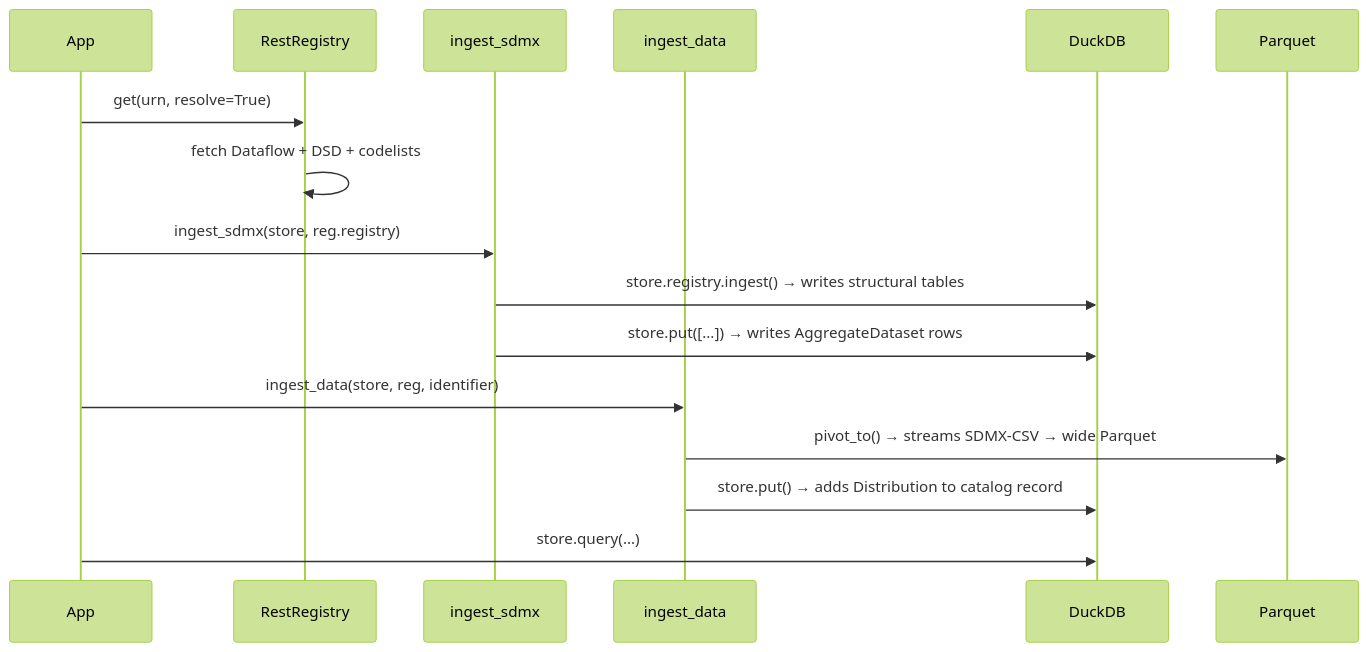
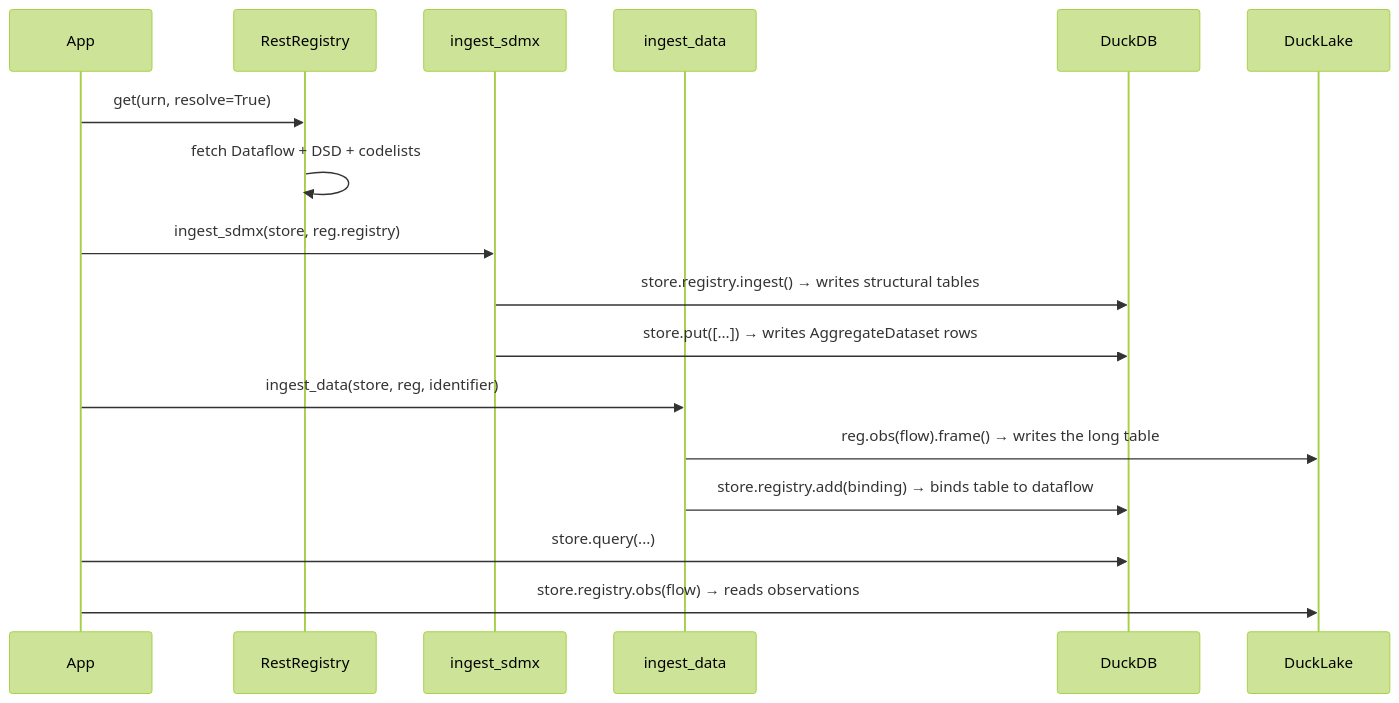
Before and after one commit to StatCat-Suite/statcatlib: the first of 2 diagrams in docs/tutorial.md, drawn with Mermaid (forest theme). The commit also changed other lines of this file and 9 other files, not shown here.

````diff
--- a/docs/tutorial.md
+++ b/docs/tutorial.md
@@ -131,19 +132,20 @@
 ```mermaid
 sequenceDiagram
     participant App
     participant RestRegistry
     participant ingest_sdmx
     participant ingest_data
     participant DuckDB
-    participant Parquet
+    participant DuckLake
 
     App->>RestRegistry: get(urn, resolve=True)
     RestRegistry->>RestRegistry: fetch Dataflow + DSD + codelists
     App->>ingest_sdmx: ingest_sdmx(store, reg.registry)
     ingest_sdmx->>DuckDB: store.registry.ingest() → writes structural tables
     ingest_sdmx->>DuckDB: store.put([...]) → writes AggregateDataset rows
     App->>ingest_data: ingest_data(store, reg, identifier)
-    ingest_data->>Parquet: pivot_to() → streams SDMX-CSV → wide Parquet
-    ingest_data->>DuckDB: store.put() → adds Distribution to catalog record
+    ingest_data->>DuckLake: reg.obs(flow).frame() → writes the long table
+    ingest_data->>DuckDB: store.registry.add(binding) → binds table to dataflow
     App->>DuckDB: store.query(...)
+    App->>DuckLake: store.registry.obs(flow) → reads observations
 ```
````
